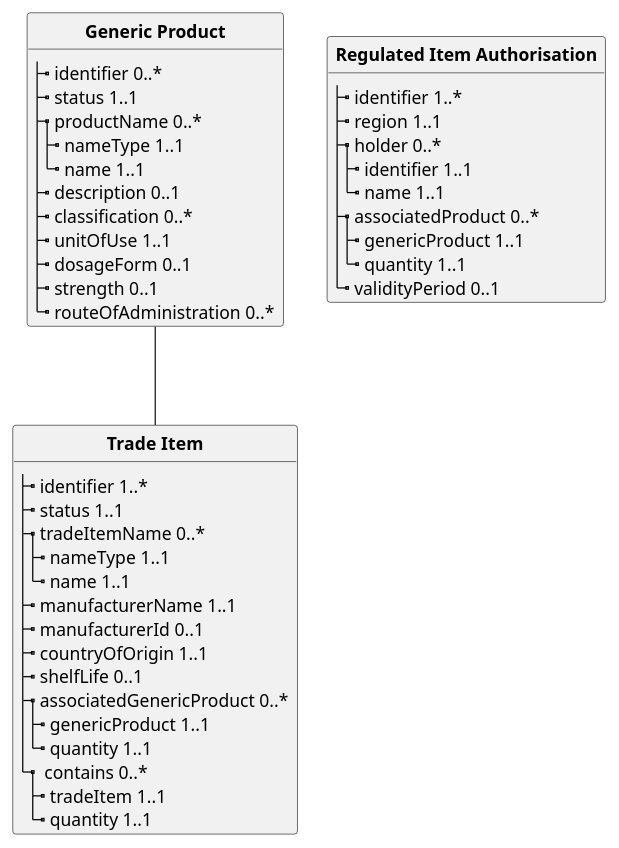
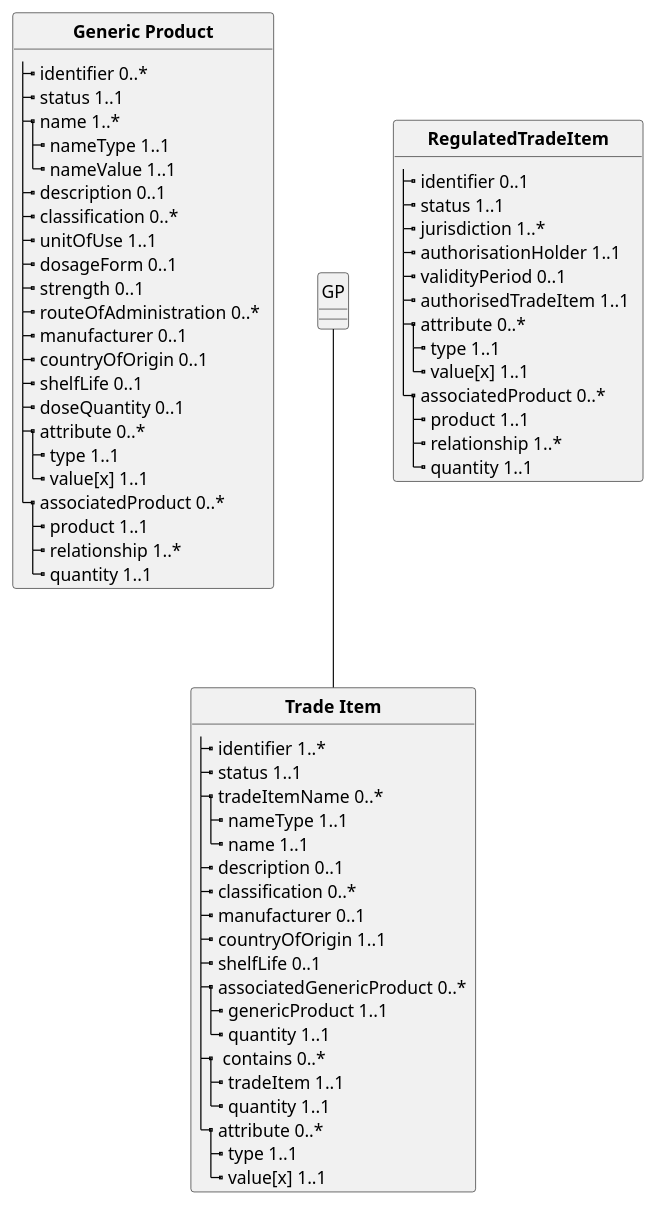
Before and after one commit to WorldHealthOrganization/smart-pcmt: the diagram in input/images-source/product-model.plantuml, drawn with PlantUML. The commit also changed 5 other files, not shown here.

```diff
--- a/input/images-source/product-model.plantuml
+++ b/input/images-source/product-model.plantuml
@@ -1,72 +1,91 @@
 @startuml
 'skinparam linetype ortho
 skinparam linetype polyline
 hide circle
 hide stereotype
 
 '!pragma layout smetana
 
 skinparam class<<MD>> {
  BorderColor DarkSlateGray
  BackgroundColor WhiteSmoke
  HeaderBackgroundColor #909090
 }
 
 skinparam class<<TM>> {
  BorderColor #505090
  BackgroundColor APPLICATION
  HeaderBackgroundColor SkyBlue
 }
 
-    class "** Generic Product **" as GP {
-        |_ identifier 0..* 
-        |_ status 1..1
-        |_ productName 0..*
-          |_ nameType 1..1
-          |_ name 1..1
-        |_ description 0..1
-        |_ classification 0..*
-        |_ unitOfUse 1..1
-        |_ dosageForm 0..1
-        |_ strength 0..1
-        |_ routeOfAdministration 0..*  
-    }
+
+class "**Generic Product**" as GenericProduct {
+  |_ identifier 0..*   
+  |_ status 1..1   
+  |_ name 1..*   
+    |_ nameType 1..1   
+    |_ nameValue 1..1   
+  |_ description 0..1   
+  |_ classification 0..*   
+  |_ unitOfUse 1..1   
+  |_ dosageForm 0..1   
+  |_ strength 0..1   
+  |_ routeOfAdministration 0..*   
+  |_ manufacturer 0..1   
+  |_ countryOfOrigin 0..1   
+  |_ shelfLife 0..1   
+  |_ doseQuantity 0..1   
+  |_ attribute 0..*   
+    |_ type 1..1   
+    |_ value[x] 1..1   
+  |_ associatedProduct 0..*   
+    |_ product 1..1   
+    |_ relationship 1..*   
+    |_ quantity 1..1   
+}
 
 
     class "**Trade Item**" as TI {
             |_ identifier 1..*  
             |_ status 1..1
             |_ tradeItemName 0..*
               |_ nameType 1..1
               |_ name 1..1
-            |_ manufacturerName 1..1
-            |_ manufacturerId 0..1
+            |_ description 0..1   
+            |_ classification 0..*   
+            |_ manufacturer 0..1
             |_ countryOfOrigin 1..1
             |_ shelfLife 0..1
             |_ associatedGenericProduct 0..*  
               |_ genericProduct 1..1
               |_ quantity 1..1
             |_  contains 0..*
               |_ tradeItem 1..1
               |_ quantity 1..1
+            |_ attribute 0..*   
+              |_ type 1..1   
+              |_ value[x] 1..1   
     }
 
 
-    class "** Regulated Item Authorisation **" as RI {
-        |_ identifier 1..*  
-        |_ region 1..1
-        |_ holder 0..*
-          |_ identifier 1..1
-          |_ name 1..1
-        |_ associatedProduct 0..*
-          |_ genericProduct 1..1
-          |_ quantity 1..1
-        |_ validityPeriod 0..1
-    }
-
+class "**RegulatedTradeItem**" as RegulatedTradeItem {
+  |_ identifier 0..1   
+  |_ status 1..1   
+  |_ jurisdiction 1..*   
+  |_ authorisationHolder 1..1   
+  |_ validityPeriod 0..1   
+  |_ authorisedTradeItem 1..1   
+  |_ attribute 0..*   
+    |_ type 1..1   
+    |_ value[x] 1..1   
+  |_ associatedProduct 0..*   
+    |_ product 1..1   
+    |_ relationship 1..*   
+    |_ quantity 1..1   
+}
 
 
 
 GP -- TI :"         "
 
 @enduml
```
